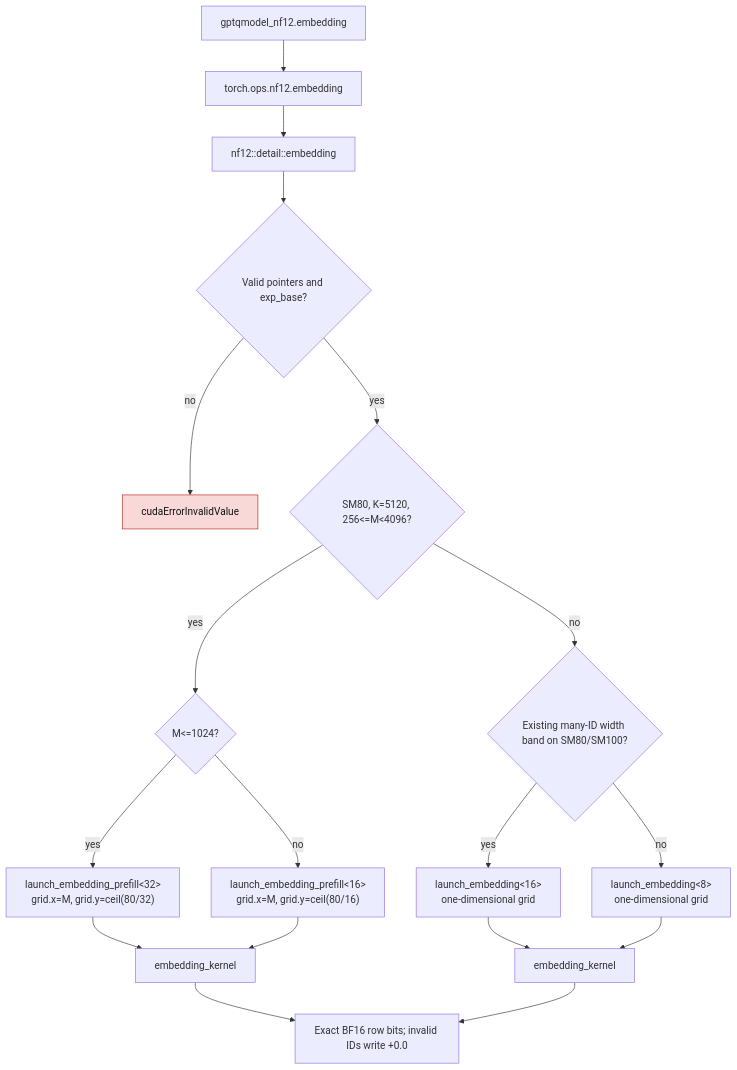
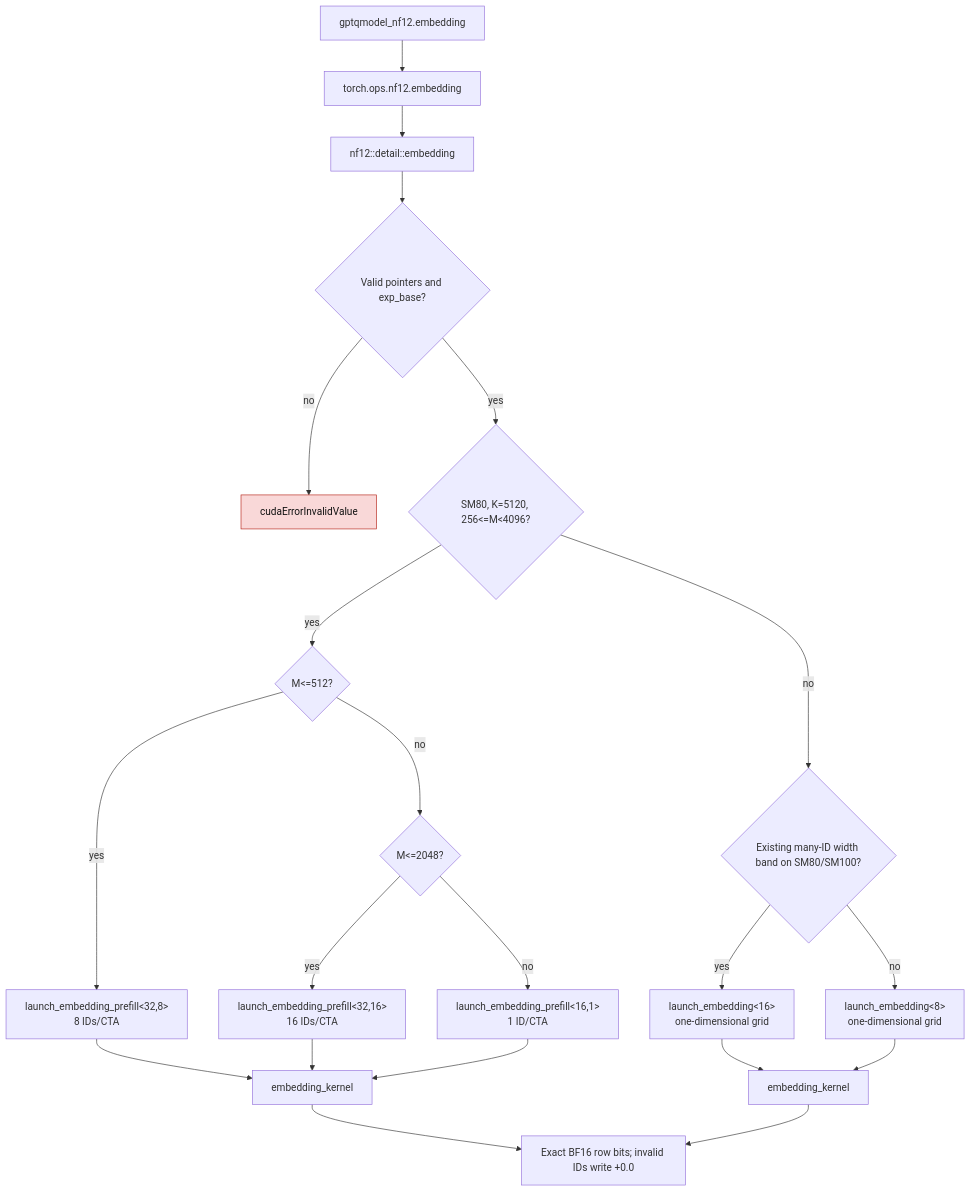
Before and after one commit to ModelCloud/GPTQModel: the diagram in docs/nf12-embedding-prefill-dispatch.md, drawn with Mermaid. The commit also changed other lines of this file and 8 other files, not shown here.

Commit message:
perf(nf12): pack embedding IDs per CTA for Lite prefill shapes

````diff
--- a/docs/nf12-embedding-prefill-dispatch.md
+++ b/docs/nf12-embedding-prefill-dispatch.md
@@ -9,22 +9,25 @@
 ```mermaid
 flowchart TD
     A["gptqmodel_nf12.embedding"] --> B["torch.ops.nf12.embedding"]
     B --> C["nf12::detail::embedding"]
     C --> V{"Valid pointers and exp_base?"}
     V -- no --> X["cudaErrorInvalidValue"]
     V -- yes --> D{"SM80, K=5120, 256<=M<4096?"}
-    D -- yes --> E{"M<=1024?"}
-    E -- yes --> F["launch_embedding_prefill<32><br/>grid.x=M, grid.y=ceil(80/32)"]
-    E -- no --> G["launch_embedding_prefill<16><br/>grid.x=M, grid.y=ceil(80/16)"]
+    D -- yes --> E{"M<=512?"}
+    E -- yes --> F["launch_embedding_prefill<32,8><br/>8 IDs/CTA"]
+    E -- no --> G{"M<=2048?"}
+    G -- yes --> P["launch_embedding_prefill<32,16><br/>16 IDs/CTA"]
+    G -- no --> Q["launch_embedding_prefill<16,1><br/>1 ID/CTA"]
     D -- no --> H{"Existing many-ID width band on SM80/SM100?"}
     H -- yes --> I["launch_embedding<16><br/>one-dimensional grid"]
     H -- no --> J["launch_embedding<8><br/>one-dimensional grid"]
     F --> K["embedding_kernel<Grid2D=true>"]
-    G --> K
+    P --> K
+    Q --> K
     I --> L["embedding_kernel<Grid2D=false>"]
     J --> L
     K --> Z["Exact BF16 row bits; invalid IDs write +0.0"]
     L --> Z
     classDef failure fill:#f9d8d8,stroke:#b42318,color:#111;
     class X failure;
 ```
````
